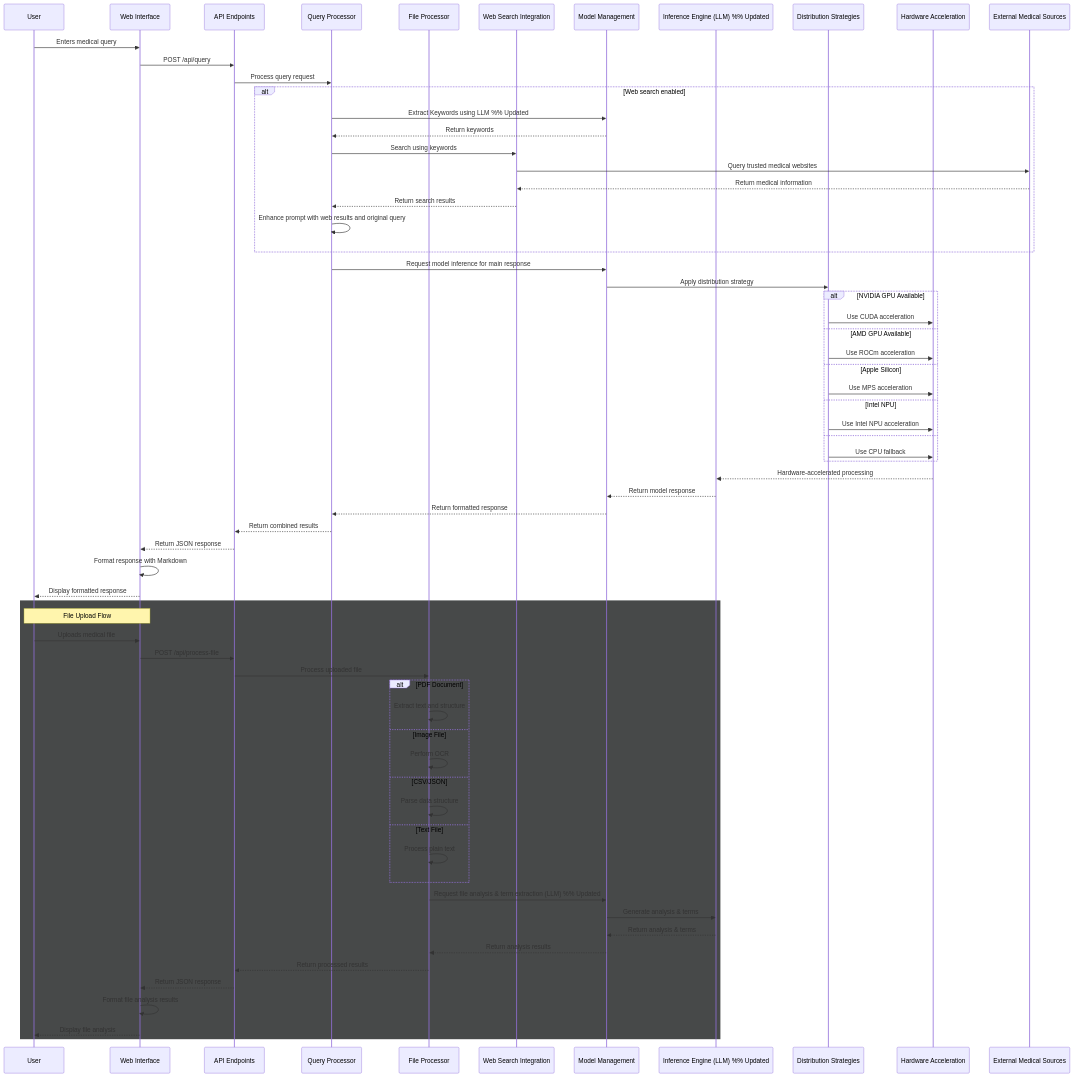
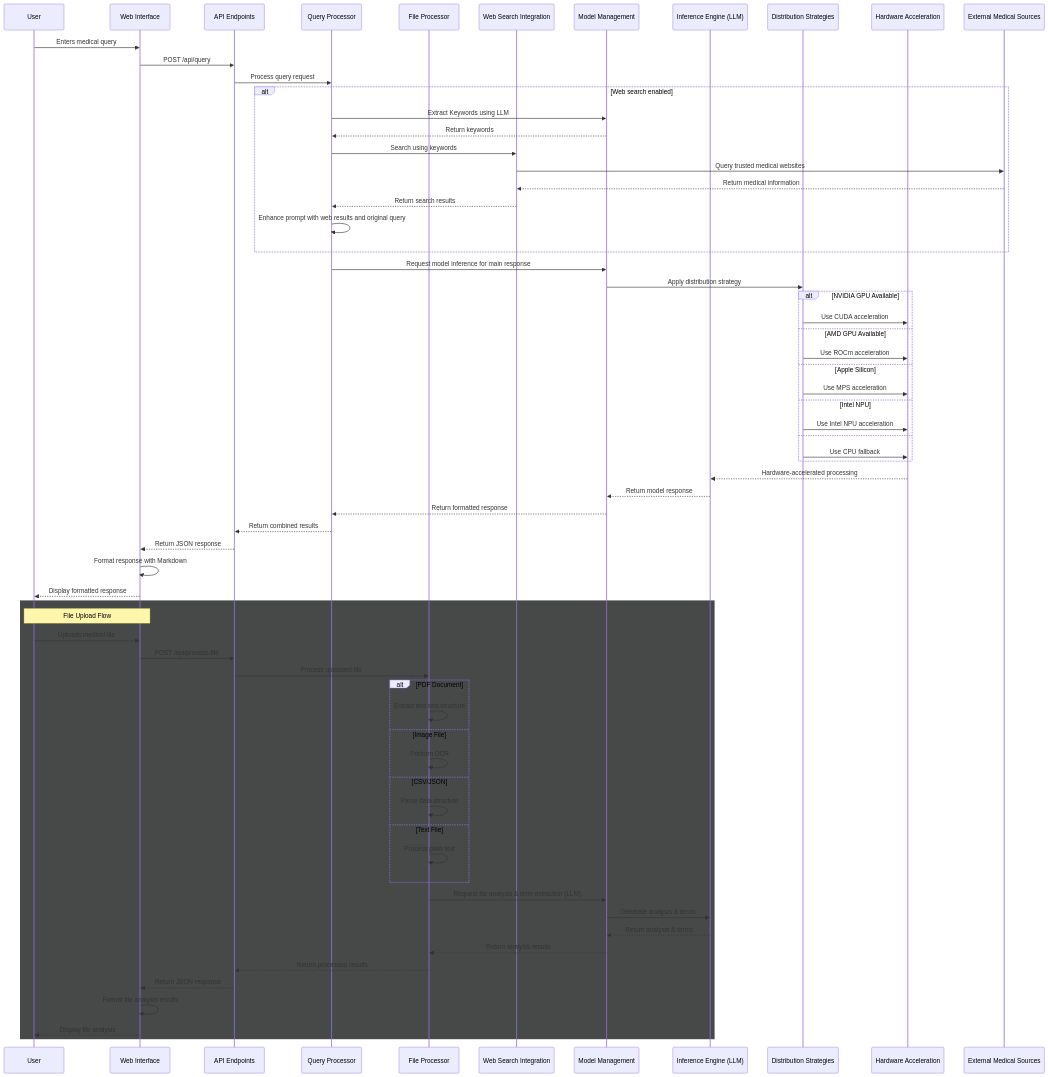
One commit to aka-0x4C3DD/mastersDegree-finalProject changed the second of 2 diagrams in README.md. Above: the diagram before and after it, drawn with Mermaid. The commit also changed other lines of this file, not shown here.

```diff
--- a/README.md
+++ b/README.md
@@ -219,7 +219,7 @@
     participant FileProc as File Processor
     participant WebSearch as Web Search Integration
     participant ModelMgmt as Model Management
-    participant InfEngine as Inference Engine (LLM) %% Updated
+    participant InfEngine as Inference Engine (LLM) 
     participant DistStrat as Distribution Strategies
     participant HWAccel as Hardware Acceleration
     participant ExtSrc as External Medical Sources
@@ -231,7 +231,7 @@
     
     %% Web search if enabled
     alt Web search enabled
-        QueryProc->>ModelMgmt: Extract Keywords using LLM %% Updated
+        QueryProc->>ModelMgmt: Extract Keywords using LLM 
         ModelMgmt-->>QueryProc: Return keywords
         QueryProc->>WebSearch: Search using keywords
         WebSearch->>ExtSrc: Query trusted medical websites
@@ -285,7 +285,7 @@
             FileProc->>FileProc: Process plain text
         end
         
-        FileProc->>ModelMgmt: Request file analysis & term extraction (LLM) %% Updated
+        FileProc->>ModelMgmt: Request file analysis & term extraction (LLM) 
         ModelMgmt->>InfEngine: Generate analysis & terms
         InfEngine-->>ModelMgmt: Return analysis & terms
         ModelMgmt-->>FileProc: Return analysis results
```
